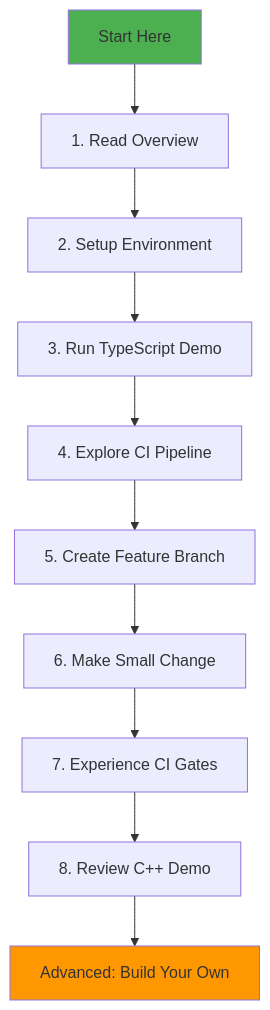
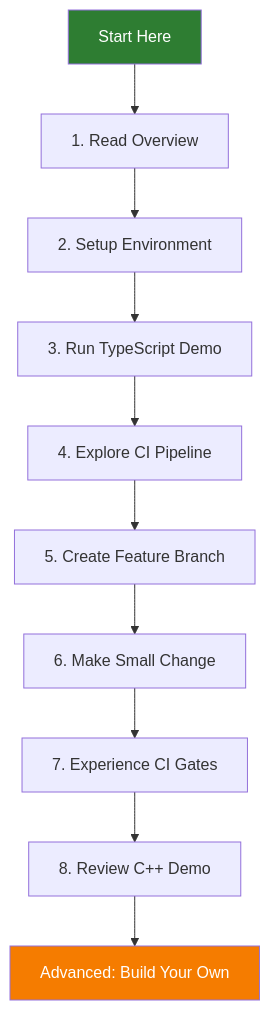
One commit to mvalancy-mt/training-materials changed the tenth of 10 diagrams in README.md. Above: the diagram before and after it, drawn with Mermaid. The commit also changed other lines of this file and 2 other files, not shown here.

First line of the commit message:
fix: improve mermaid diagram readability with high-contrast colors (#9)

````diff
--- a/README.md
+++ b/README.md
@@ -405,15 +405,15 @@
 ```mermaid
 graph TD
     A[Start Here] --> B[1. Read Overview]
     B --> C[2. Setup Environment]
     C --> D[3. Run TypeScript Demo]
     D --> E[4. Explore CI Pipeline]
     E --> F[5. Create Feature Branch]
     F --> G[6. Make Small Change]
     G --> H[7. Experience CI Gates]
     H --> I[8. Review C++ Demo]
     I --> J[Advanced: Build Your Own]
 
-    style A fill:#4caf50
-    style J fill:#ff9800
+    style A fill:#2e7d32,color:#ffffff
+    style J fill:#f57c00,color:#ffffff
 ```
````
